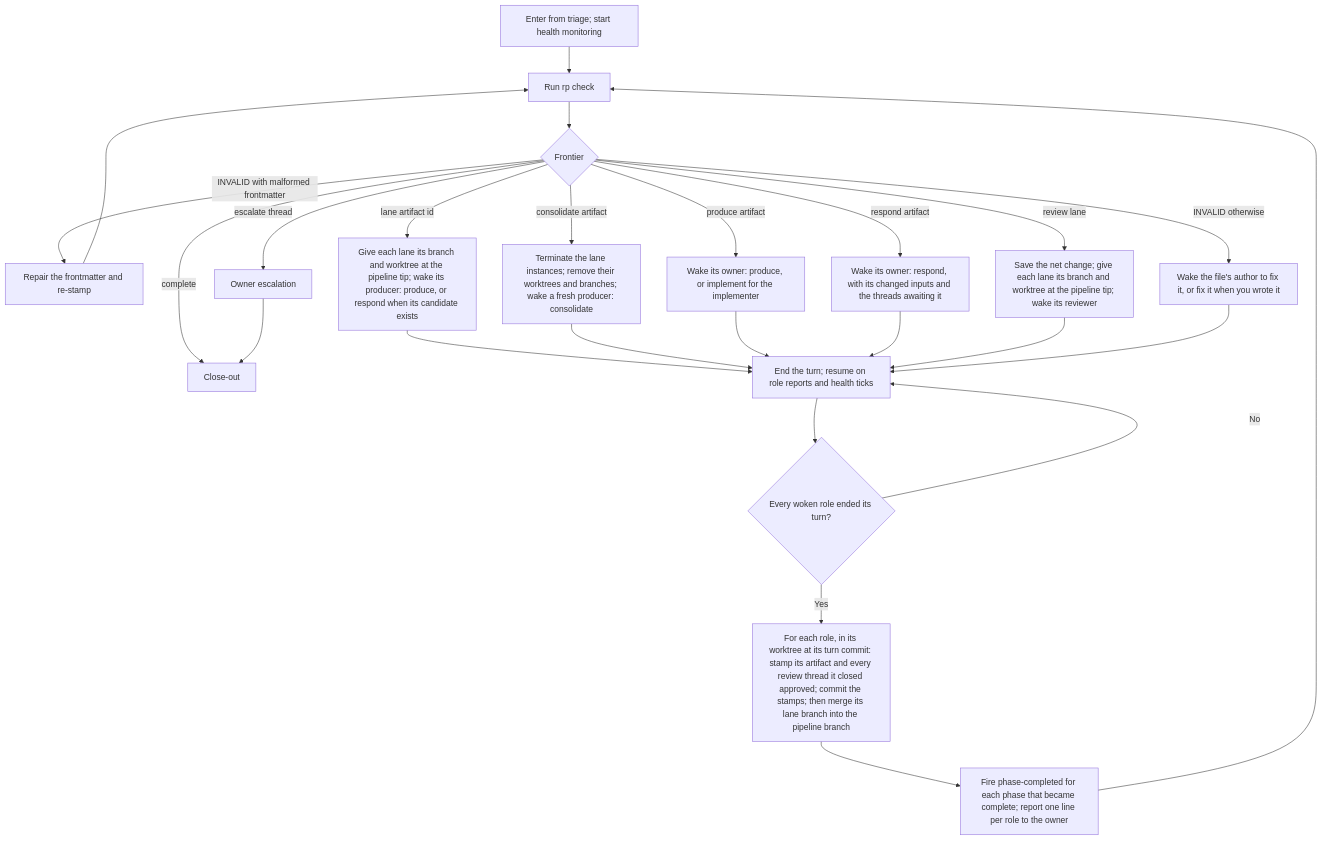
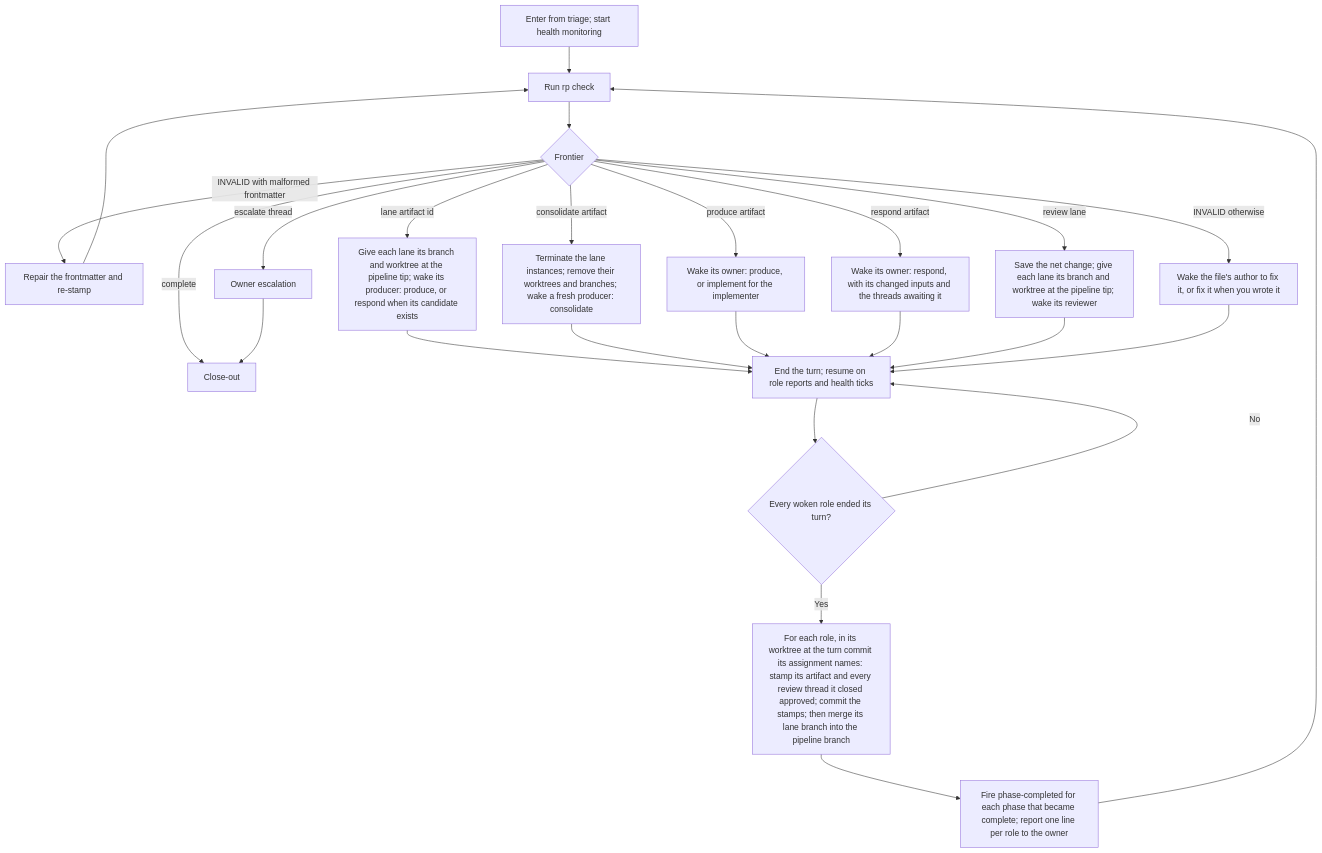
Before and after one commit to Automattic/radical-pipelines: the diagram in docs/flowcharts/loop.md, drawn with Mermaid. The commit also changed 7 other files, not shown here.

Commit message:
Wake a role with only Read your assignment and read its turn commit from the assignment at landing (assisted)

````diff
--- a/docs/flowcharts/loop.md
+++ b/docs/flowcharts/loop.md
@@ -5,27 +5,27 @@
 ```mermaid
 flowchart TD
     START["Enter from triage; start health monitoring"] --> A["Run rp check"]
     A --> C{"Frontier"}
     C -->|INVALID with malformed frontmatter| FM["Repair the frontmatter and re-stamp"]
     C -->|INVALID otherwise| AUTHOR["Wake the file's author to fix it, or fix it when you wrote it"]
     C -->|escalate thread| OE["Owner escalation"]
     C -->|lane artifact id| LANE["Give each lane its branch and worktree at the pipeline tip; wake its producer: produce, or respond when its candidate exists"]
     C -->|consolidate artifact| CON["Terminate the lane instances; remove their worktrees and branches; wake a fresh producer: consolidate"]
     C -->|produce artifact| PRODUCE["Wake its owner: produce, or implement for the implementer"]
     C -->|respond artifact| RESPOND["Wake its owner: respond, with its changed inputs and the threads awaiting it"]
     C -->|review lane| REVIEW["Save the net change; give each lane its branch and worktree at the pipeline tip; wake its reviewer"]
     C -->|complete| CLOSE["Close-out"]
     OE --> CLOSE
     FM --> A
     LANE --> WAIT
     CON --> WAIT
     PRODUCE --> WAIT
     RESPOND --> WAIT
     REVIEW --> WAIT
     AUTHOR --> WAIT
     WAIT["End the turn; resume on role reports and health ticks"] --> ENDED{"Every woken role ended its turn?"}
     ENDED -->|No| WAIT
-    ENDED -->|Yes| LAND["For each role, in its worktree at its turn commit: stamp its artifact and every review thread it closed approved; commit the stamps; then merge its lane branch into the pipeline branch"]
+    ENDED -->|Yes| LAND["For each role, in its worktree at the turn commit its assignment names: stamp its artifact and every review thread it closed approved; commit the stamps; then merge its lane branch into the pipeline branch"]
     LAND --> PC["Fire phase-completed for each phase that became complete; report one line per role to the owner"]
     PC --> A
 ```
````
